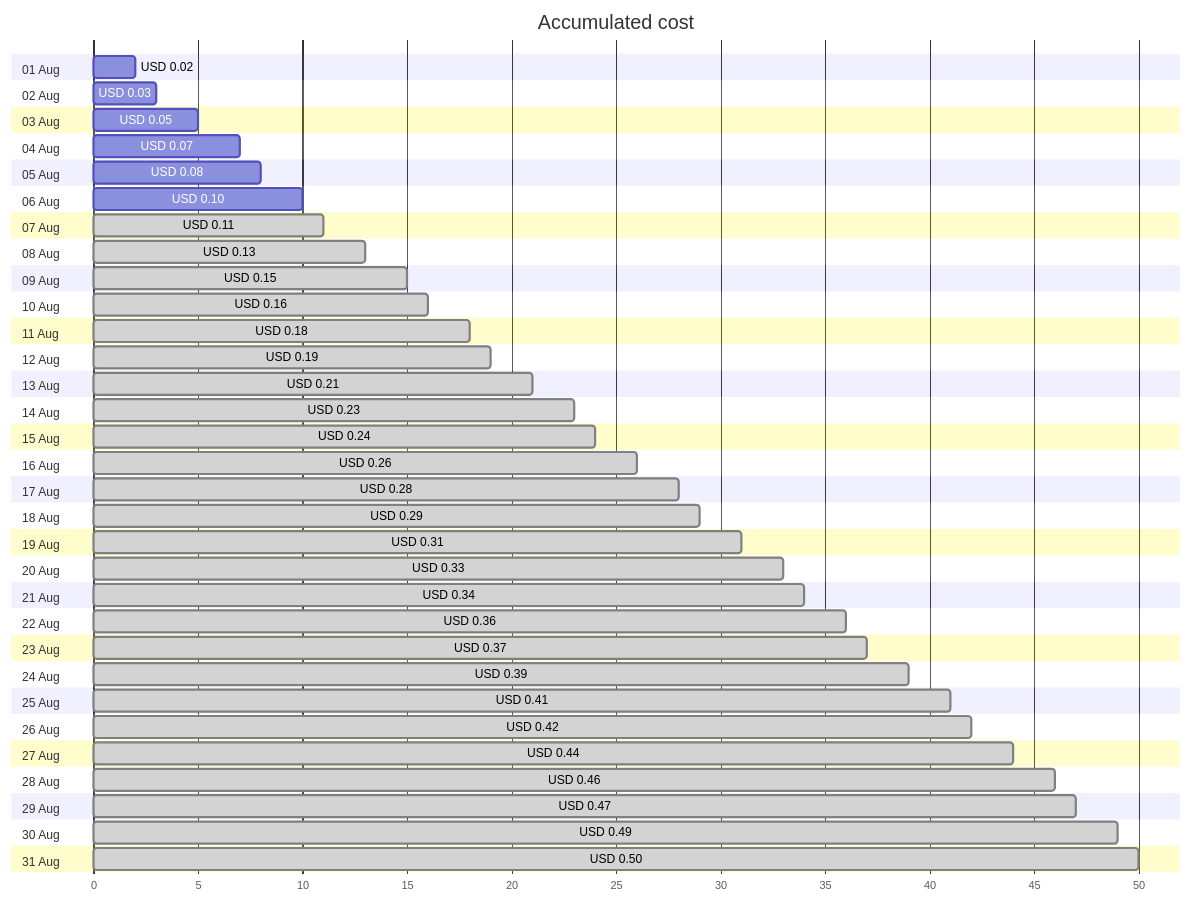
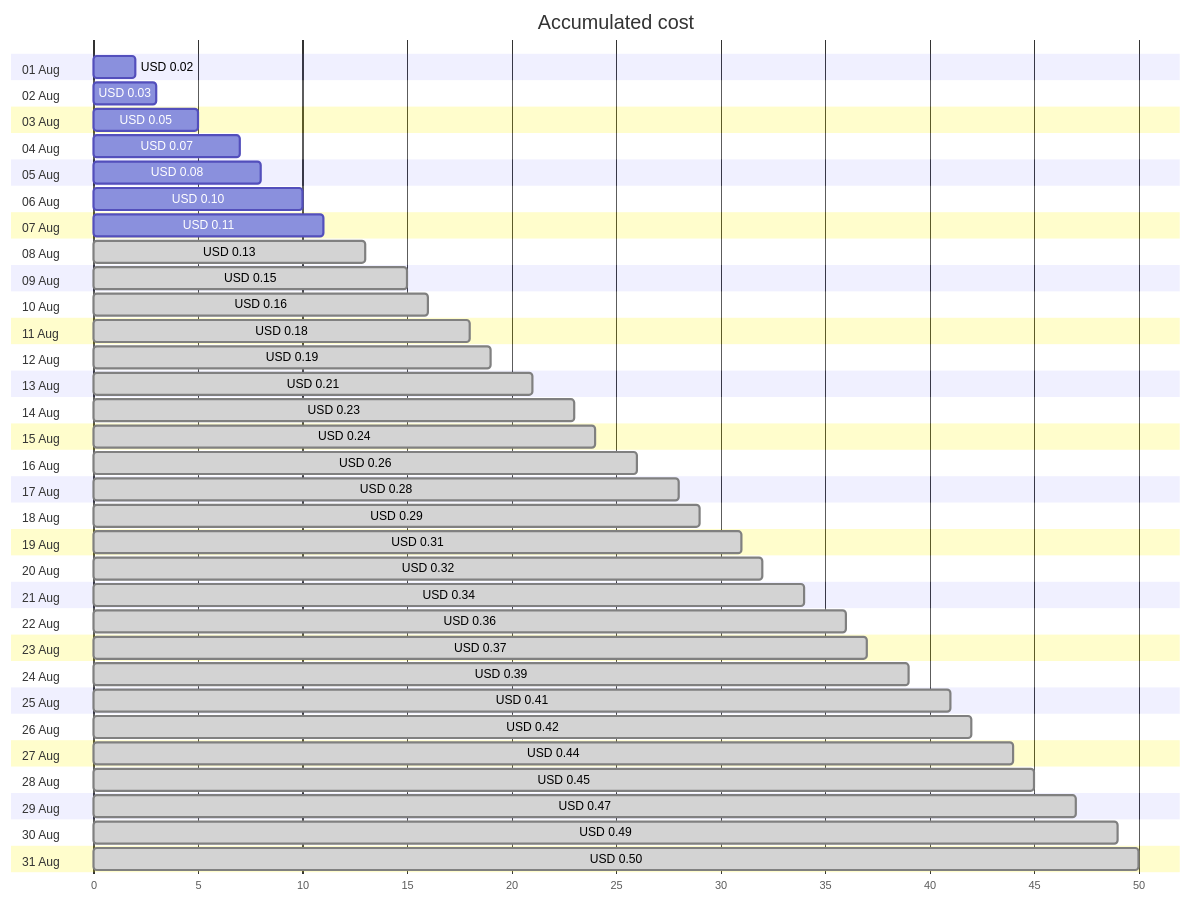
Before and after one commit to jpfulton/azure-personal-reports: the first of 4 diagrams in cost-reports/personal-dns/jpatrickfulton.com.md, drawn with Mermaid. The commit also changed other lines of this file and 2 other files, not shown here.

````diff
--- a/cost-reports/personal-dns/jpatrickfulton.com.md
+++ b/cost-reports/personal-dns/jpatrickfulton.com.md
@@ -20,68 +20,68 @@
 ```mermaid
 gantt
    title Accumulated cost
    dateFormat  X
    axisFormat %s
    section 01 Aug
    USD 0.02 :0, 2
    section 02 Aug
    USD 0.03 :0, 3
    section 03 Aug
    USD 0.05 :0, 5
    section 04 Aug
    USD 0.07 :0, 7
    section 05 Aug
    USD 0.08 :0, 8
    section 06 Aug
    USD 0.10 :0, 10
    section 07 Aug
-   USD 0.11 : done, 0, 11
+   USD 0.11 :0, 11
    section 08 Aug
    USD 0.13 : done, 0, 13
    section 09 Aug
    USD 0.15 : done, 0, 15
    section 10 Aug
    USD 0.16 : done, 0, 16
    section 11 Aug
    USD 0.18 : done, 0, 18
    section 12 Aug
    USD 0.19 : done, 0, 19
    section 13 Aug
    USD 0.21 : done, 0, 21
    section 14 Aug
    USD 0.23 : done, 0, 23
    section 15 Aug
    USD 0.24 : done, 0, 24
    section 16 Aug
    USD 0.26 : done, 0, 26
    section 17 Aug
    USD 0.28 : done, 0, 28
    section 18 Aug
    USD 0.29 : done, 0, 29
    section 19 Aug
    USD 0.31 : done, 0, 31
    section 20 Aug
-   USD 0.33 : done, 0, 33
+   USD 0.32 : done, 0, 32
    section 21 Aug
    USD 0.34 : done, 0, 34
    section 22 Aug
    USD 0.36 : done, 0, 36
    section 23 Aug
    USD 0.37 : done, 0, 37
    section 24 Aug
    USD 0.39 : done, 0, 39
    section 25 Aug
    USD 0.41 : done, 0, 41
    section 26 Aug
    USD 0.42 : done, 0, 42
    section 27 Aug
    USD 0.44 : done, 0, 44
    section 28 Aug
-   USD 0.46 : done, 0, 46
+   USD 0.45 : done, 0, 45
    section 29 Aug
    USD 0.47 : done, 0, 47
    section 30 Aug
    USD 0.49 : done, 0, 49
    section 31 Aug
    USD 0.50 : done, 0, 50
 ```
````
